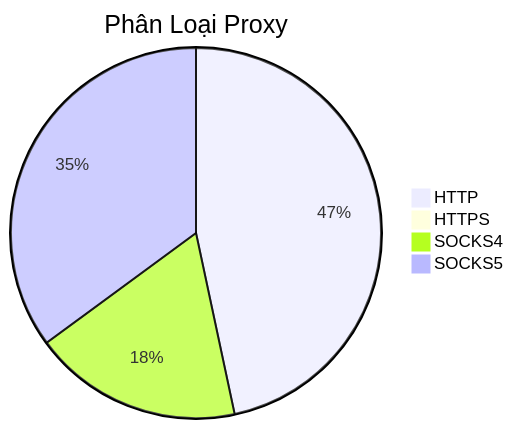
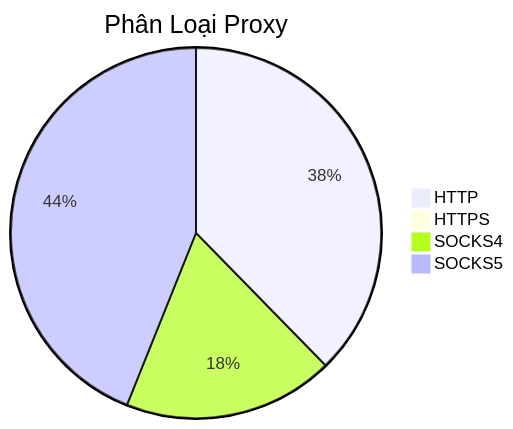
Before and after one commit to Ciara-12/PROXY-free: the diagram in README.md, drawn with Mermaid. The commit also changed other lines of this file and 3 other files, not shown here.

````diff
--- a/README.md
+++ b/README.md
@@ -26,7 +26,7 @@
 ```mermaid
 pie title Phân Loại Proxy
-    "HTTP" : 871
+    "HTTP" : 766
     "HTTPS" : 0
-    "SOCKS4" : 341
-    "SOCKS5" : 655
+    "SOCKS4" : 374
+    "SOCKS5" : 893
 ```
````
